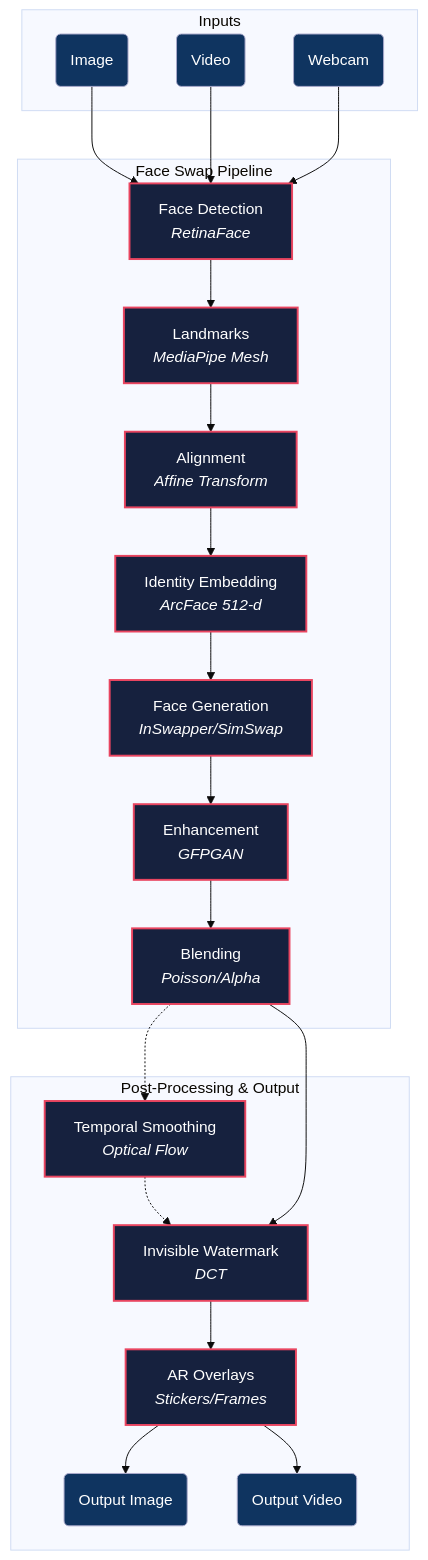
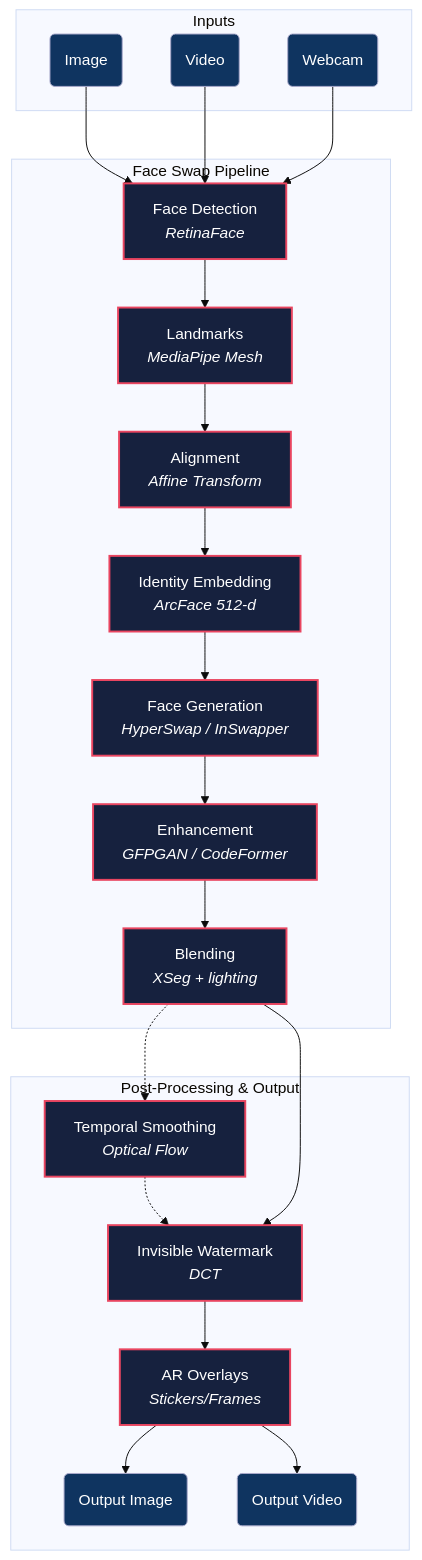
Before and after one commit to mrigankad/Ravana: the first of 2 diagrams in README.md, drawn with Mermaid (base theme). The commit also changed other lines of this file and 55 other files, not shown here.

````diff
--- a/README.md
+++ b/README.md
@@ -33,44 +33,44 @@
 ```mermaid
 graph TD
     subgraph Inputs
         I_IMG(Image) 
         I_VID(Video)
         I_CAM(Webcam)
     end
 
     subgraph "Face Swap Pipeline"
         DET[Face Detection<br/><i>RetinaFace</i>]
         LMK[Landmarks<br/><i>MediaPipe Mesh</i>]
         ALN[Alignment<br/><i>Affine Transform</i>]
         EMB[Identity Embedding<br/><i>ArcFace 512-d</i>]
-        SWP[Face Generation<br/><i>InSwapper/SimSwap</i>]
-        ENH[Enhancement<br/><i>GFPGAN</i>]
-        BLD[Blending<br/><i>Poisson/Alpha</i>]
+        SWP[Face Generation<br/><i>HyperSwap / InSwapper</i>]
+        ENH[Enhancement<br/><i>GFPGAN / CodeFormer</i>]
+        BLD[Blending<br/><i>XSeg + lighting</i>]
     end
 
     subgraph "Post-Processing & Output"
         TMP[Temporal Smoothing<br/><i>Optical Flow</i>]
         WMK[Invisible Watermark<br/><i>DCT</i>]
         FLT[AR Overlays<br/><i>Stickers/Frames</i>]
         OUT_IMG(Output Image)
         OUT_VID(Output Video)
     end
 
     I_IMG --> DET
     I_VID --> DET
     I_CAM --> DET
 
     DET --> LMK --> ALN --> EMB --> SWP --> ENH --> BLD
     
     BLD -.-> TMP
     TMP -.-> WMK
     BLD --> WMK
     WMK --> FLT
     
     FLT --> OUT_IMG
     FLT --> OUT_VID
     
     classDef default fill:#16213e,stroke:#e94560,stroke-width:2px,color:#fff;
     classDef input fill:#0f3460,stroke:#aaaacc,stroke-width:1px,color:#fff;
     class I_IMG,I_VID,I_CAM,OUT_IMG,OUT_VID input;
 ```
````
